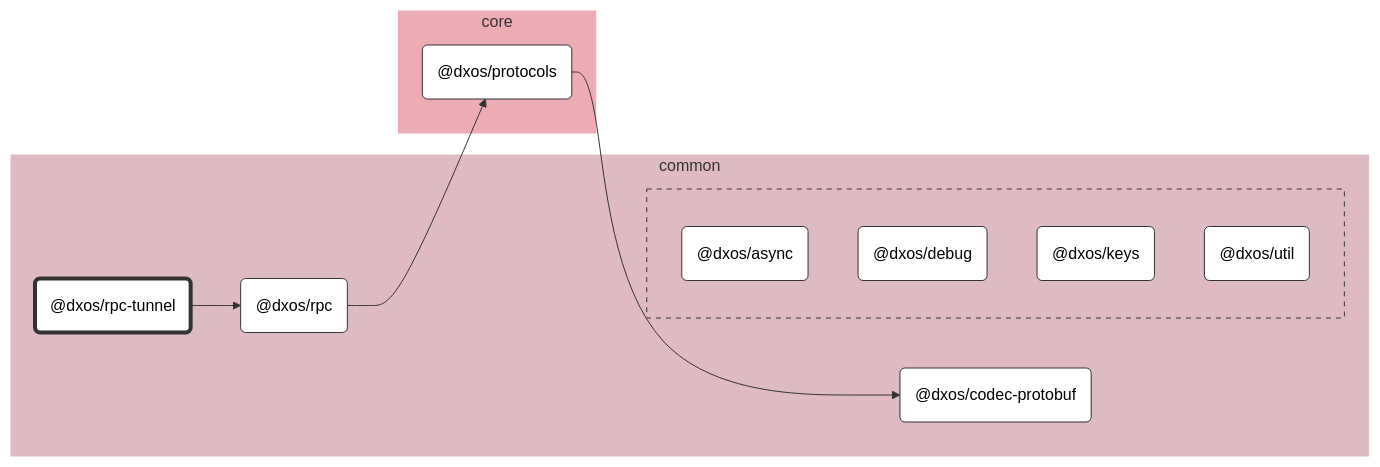
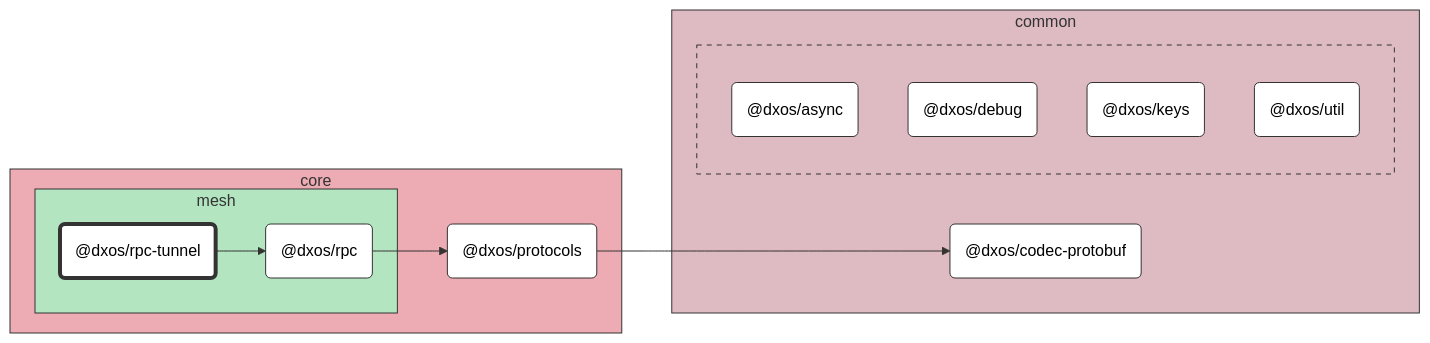
The diagram in packages/core/mesh/rpc-tunnel/docs/README.md (dxos/dxos), drawn with Mermaid (neutral theme) before and after one commit. The commit also changed other lines of this file and 89 other files, not shown here.

````diff
--- a/packages/core/mesh/rpc-tunnel/docs/README.md
+++ b/packages/core/mesh/rpc-tunnel/docs/README.md
@@ -7,45 +7,49 @@
 ```mermaid
 %%{ init: {'flowchart':{'curve':'basis'}} }%%
 
 flowchart LR
 
 %% Classes
 classDef def fill:#fff,stroke:#333,stroke-width:1px
 classDef root fill:#fff,stroke:#333,stroke-width:4px
 
 %% Nodes
 
+subgraph core [core]
+  style core fill:#edabb3,stroke:#333
+  dxos/protocols("@dxos/protocols"):::def
+  click dxos/protocols "dxos/dxos/tree/main/packages/core/protocols/docs"
+
+  subgraph mesh [mesh]
+    style mesh fill:#b3e6c0,stroke:#333
+    dxos/rpc-tunnel("@dxos/rpc-tunnel"):::root
+    click dxos/rpc-tunnel "dxos/dxos/tree/main/packages/core/mesh/rpc-tunnel/docs"
+    dxos/rpc("@dxos/rpc"):::def
+    click dxos/rpc "dxos/dxos/tree/main/packages/core/mesh/rpc/docs"
+  end
+end
+
 subgraph common [common]
-  style common fill:#debac2,stroke:#fff
-  dxos/rpc-tunnel("@dxos/rpc-tunnel"):::root
-  click dxos/rpc-tunnel "dxos/dxos/tree/main/packages/core/mesh/rpc-tunnel/docs"
-  dxos/rpc("@dxos/rpc"):::def
-  click dxos/rpc "dxos/dxos/tree/main/packages/core/mesh/rpc/docs"
+  style common fill:#debac2,stroke:#333
   dxos/codec-protobuf("@dxos/codec-protobuf"):::def
   click dxos/codec-protobuf "dxos/dxos/tree/main/packages/common/codec-protobuf/docs"
 
-  subgraph common-excluded [ ]
-    style common-excluded fill:#debac2,stroke:#333,stroke-dasharray:5 5
+  subgraph _ [ ]
+    style _ fill:#debac2,stroke:#333,stroke-dasharray:5 5
     dxos/async("@dxos/async"):::def
     click dxos/async "dxos/dxos/tree/main/packages/common/async/docs"
     dxos/debug("@dxos/debug"):::def
     click dxos/debug "dxos/dxos/tree/main/packages/common/debug/docs"
     dxos/keys("@dxos/keys"):::def
     click dxos/keys "dxos/dxos/tree/main/packages/common/keys/docs"
     dxos/util("@dxos/util"):::def
     click dxos/util "dxos/dxos/tree/main/packages/common/util/docs"
   end
 end
 
-subgraph core [core]
-  style core fill:#edabb3,stroke:#fff
-  dxos/protocols("@dxos/protocols"):::def
-  click dxos/protocols "dxos/dxos/tree/main/packages/core/protocols/docs"
-end
-
 %% Links
 linkStyle default stroke:#333,stroke-width:1px
 dxos/rpc-tunnel --> dxos/rpc
 dxos/rpc --> dxos/protocols
 dxos/protocols --> dxos/codec-protobuf
 ```
````
